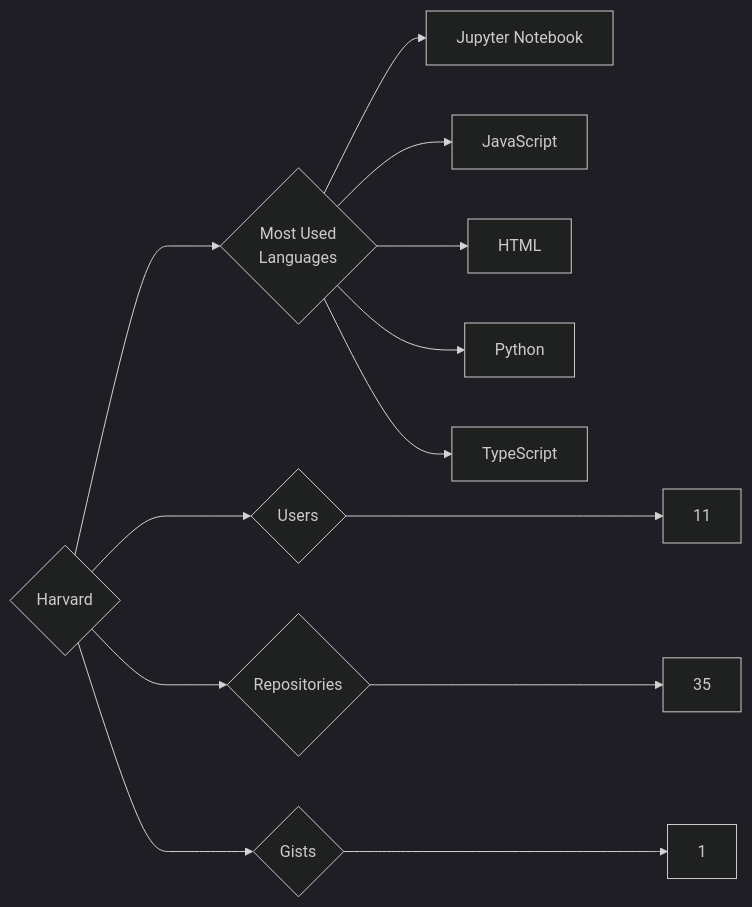
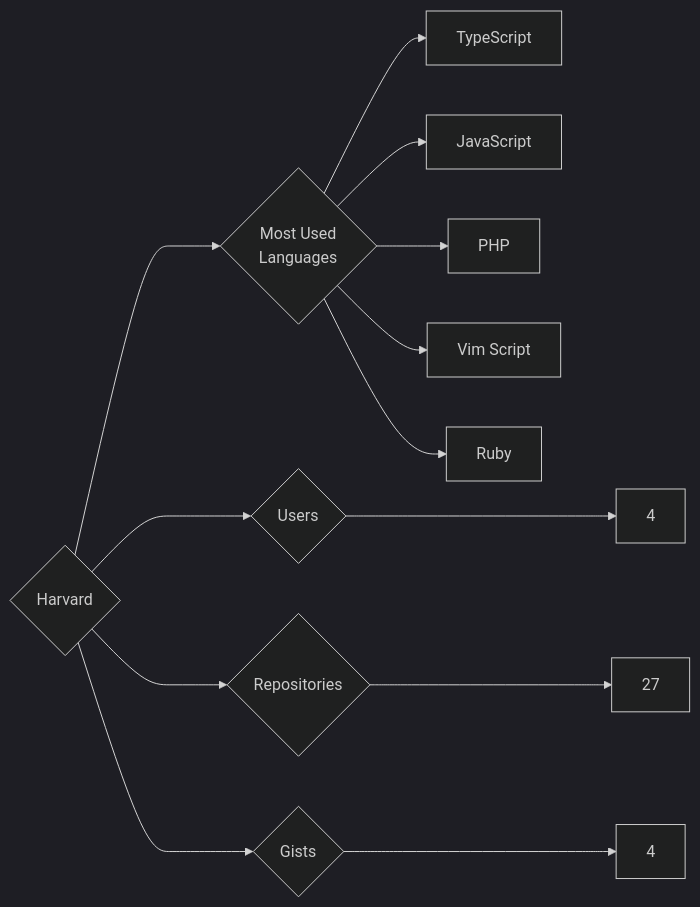
One commit to trickest/insiders changed the diagram in targets/Harvard/README.md. Above: the diagram before and after it, drawn with Mermaid (dark theme). The commit also changed 724 other files, not shown here.

````diff
--- a/targets/Harvard/README.md
+++ b/targets/Harvard/README.md
@@ -3,13 +3,13 @@
 ```mermaid
 graph LR
 COMPANY_NAME{Harvard}
-COMPANY_NAME ---> U{Users} ---> UN[11]
-COMPANY_NAME ---> R{Repositories} ---> RN[35]
-COMPANY_NAME ---> G{Gists} ---> GN[1]
+COMPANY_NAME ---> U{Users} ---> UN[4]
+COMPANY_NAME ---> R{Repositories} ---> RN[27]
+COMPANY_NAME ---> G{Gists} ---> GN[4]
 COMPANY_NAME ---> ML{Most Used<br>Languages}
-ML --> Jupyter_Notebook[Jupyter Notebook]
+ML --> TypeScript[TypeScript]
 ML --> JavaScript[JavaScript]
-ML --> HTML[HTML]
-ML --> Python[Python]
-ML --> TypeScript[TypeScript]
+ML --> PHP[PHP]
+ML --> Vim_Script[Vim Script]
+ML --> Ruby[Ruby]
 ```
````
